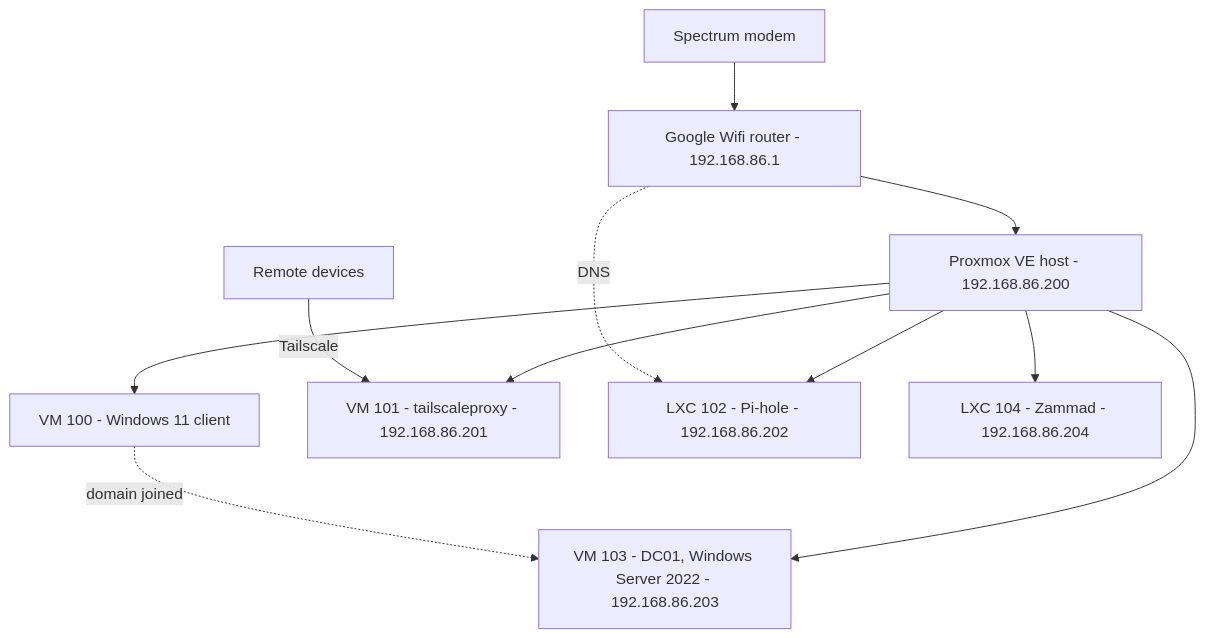
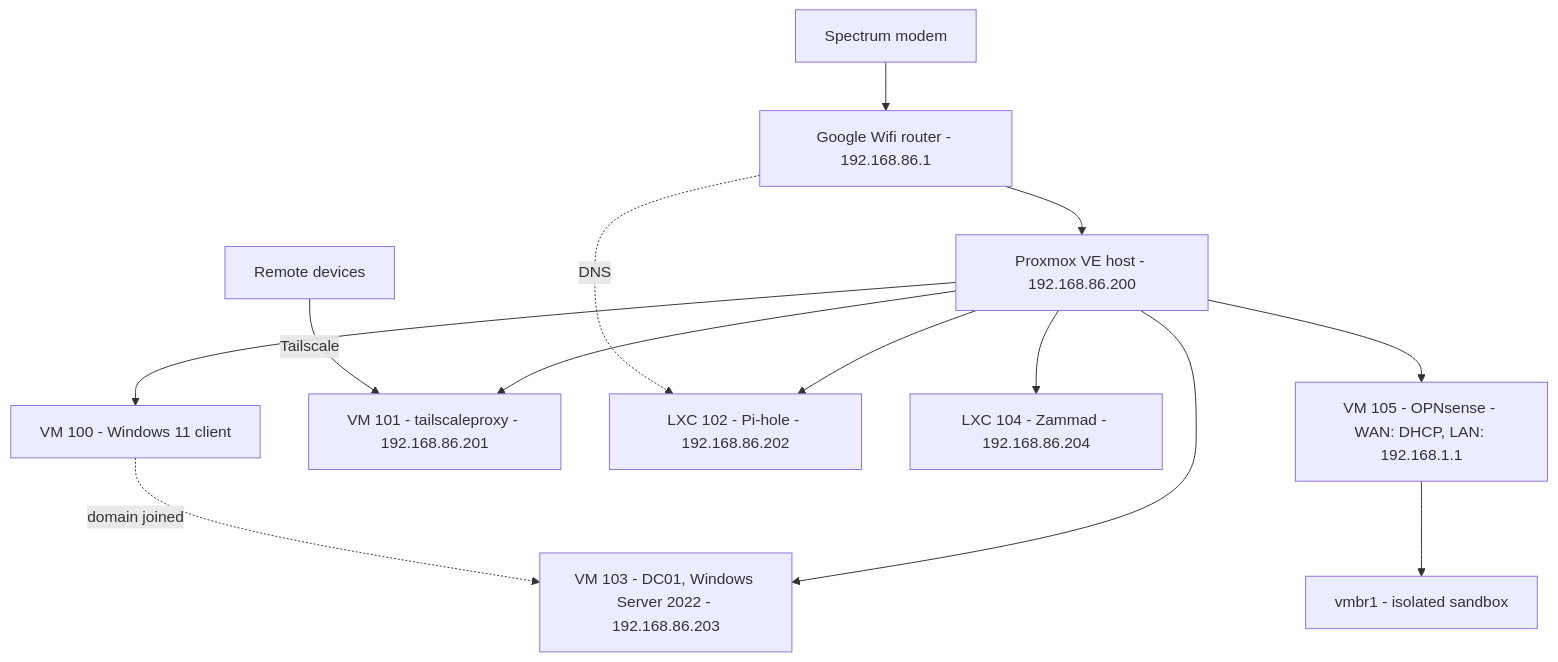
Before and after one commit to mujtaba-aldhumani/Homelab: the diagram in README.md, drawn with Mermaid. The commit also changed other lines of this file and 4 other files, not shown here.

````diff
--- a/README.md
+++ b/README.md
@@ -16,13 +16,15 @@
 ```mermaid
 flowchart TD
     ISP["Spectrum modem"] --> GW["Google Wifi router - 192.168.86.1"]
     GW --> PVE["Proxmox VE host - 192.168.86.200"]
     PVE --> VM100["VM 100 - Windows 11 client"]
     PVE --> VM101["VM 101 - tailscaleproxy - 192.168.86.201"]
     PVE --> LXC102["LXC 102 - Pi-hole - 192.168.86.202"]
     PVE --> VM103["VM 103 - DC01, Windows Server 2022 - 192.168.86.203"]
     PVE --> LXC104["LXC 104 - Zammad - 192.168.86.204"]
+    PVE --> VM105["VM 105 - OPNsense - WAN: DHCP, LAN: 192.168.1.1"]
+    VM105 --> BR1["vmbr1 - isolated sandbox"]
     GW -.->|DNS| LXC102
     VM100 -.->|domain joined| VM103
     REM["Remote devices"] -->|Tailscale| VM101
 ```
````
